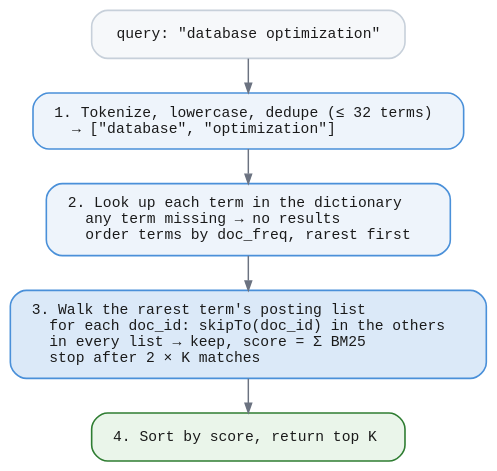
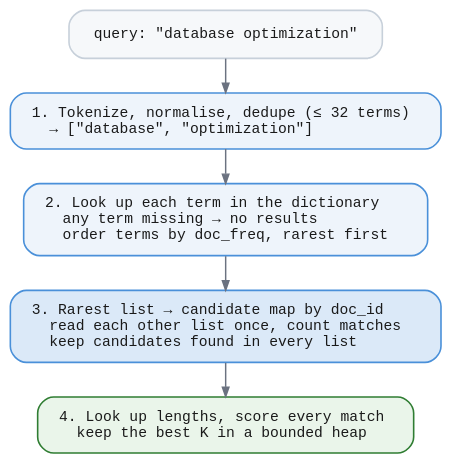
The diagram in book/diagrams/fts-search-and.dot (jeffhajewski/latticedb), drawn with Graphviz before and after one commit. The commit also changed 15 other files, not shown here.

First line of the commit message:
Bring the full-text search diagrams in line with the code

```diff
--- a/book/diagrams/fts-search-and.dot
+++ b/book/diagrams/fts-search-and.dot
@@ -1,20 +1,21 @@
-// Multi-term AND: intersect posting lists, driven by the rarest term.
+// Multi-term AND: candidates from the rarest term, every other list read
+// through once and matched by doc_id, so storage order does not matter.
 digraph fts_search_and {
   bgcolor="transparent"
   rankdir=TB
   nodesep=0.3
   ranksep=0.36
   fontname="Helvetica,Arial,sans-serif"
   node [shape=box style="filled,rounded" fillcolor="#eef4fb" color="#4a90d9"
         penwidth=1.2 fontname="Menlo,Consolas,monospace" fontsize=11
         fontcolor="#1a1a1a" margin="0.22,0.13"]
   edge [color="#6b7280" penwidth=1.1 arrowsize=0.7]
 
   q [label="query: \"database optimization\"" fillcolor="#f6f8fa" color="#c7d0da"]
-  s1 [label="1. Tokenize, lowercase, dedupe (≤ 32 terms)\l   → [\"database\", \"optimization\"]\l"]
+  s1 [label="1. Tokenize, normalise, dedupe (≤ 32 terms)\l   → [\"database\", \"optimization\"]\l"]
   s2 [label="2. Look up each term in the dictionary\l   any term missing → no results\l   order terms by doc_freq, rarest first\l"]
-  s3 [label="3. Walk the rarest term's posting list\l   for each doc_id: skipTo(doc_id) in the others\l   in every list → keep, score = Σ BM25\l   stop after 2 × K matches\l" fillcolor="#dbe9f8"]
-  s4 [label="4. Sort by score, return top K\l" fillcolor="#eaf5ea" color="#2f7d32"]
+  s3 [label="3. Rarest list → candidate map by doc_id\l   read each other list once, count matches\l   keep candidates found in every list\l" fillcolor="#dbe9f8"]
+  s4 [label="4. Look up lengths, score every match\l   keep the best K in a bounded heap\l" fillcolor="#eaf5ea" color="#2f7d32"]
 
   q -> s1 -> s2 -> s3 -> s4
 }
```
